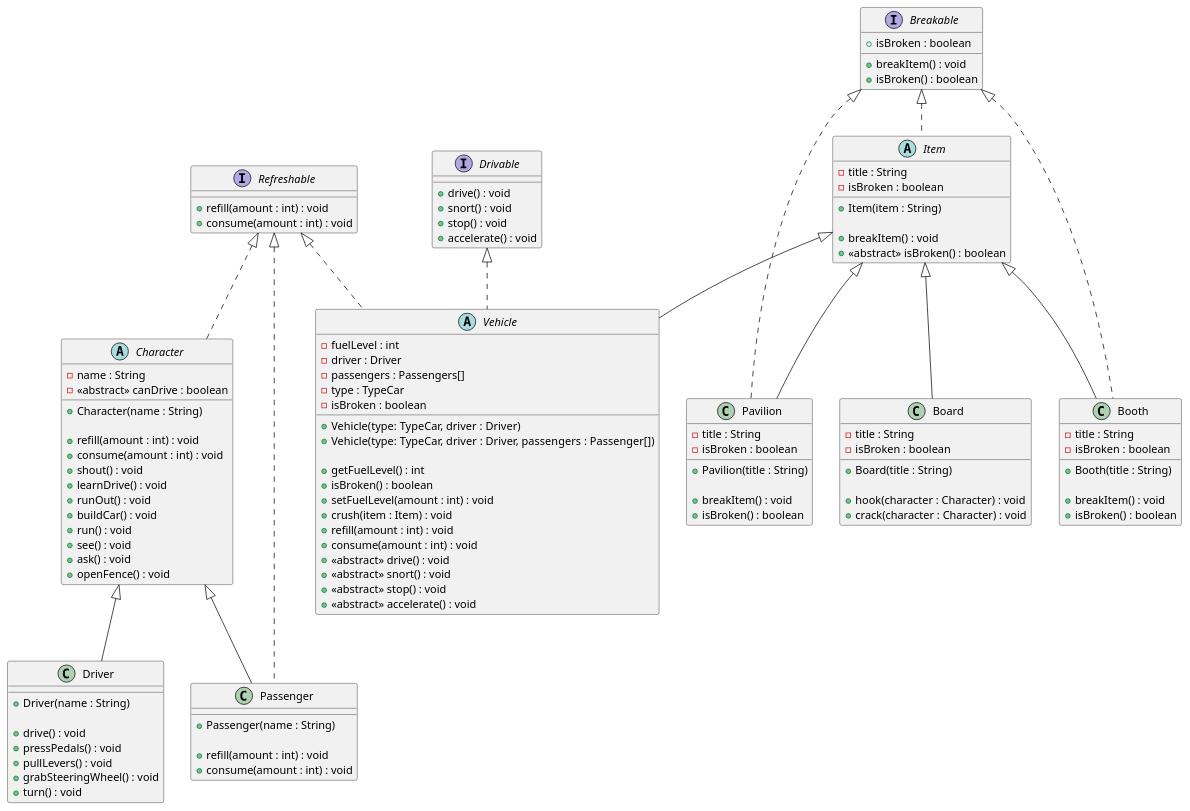
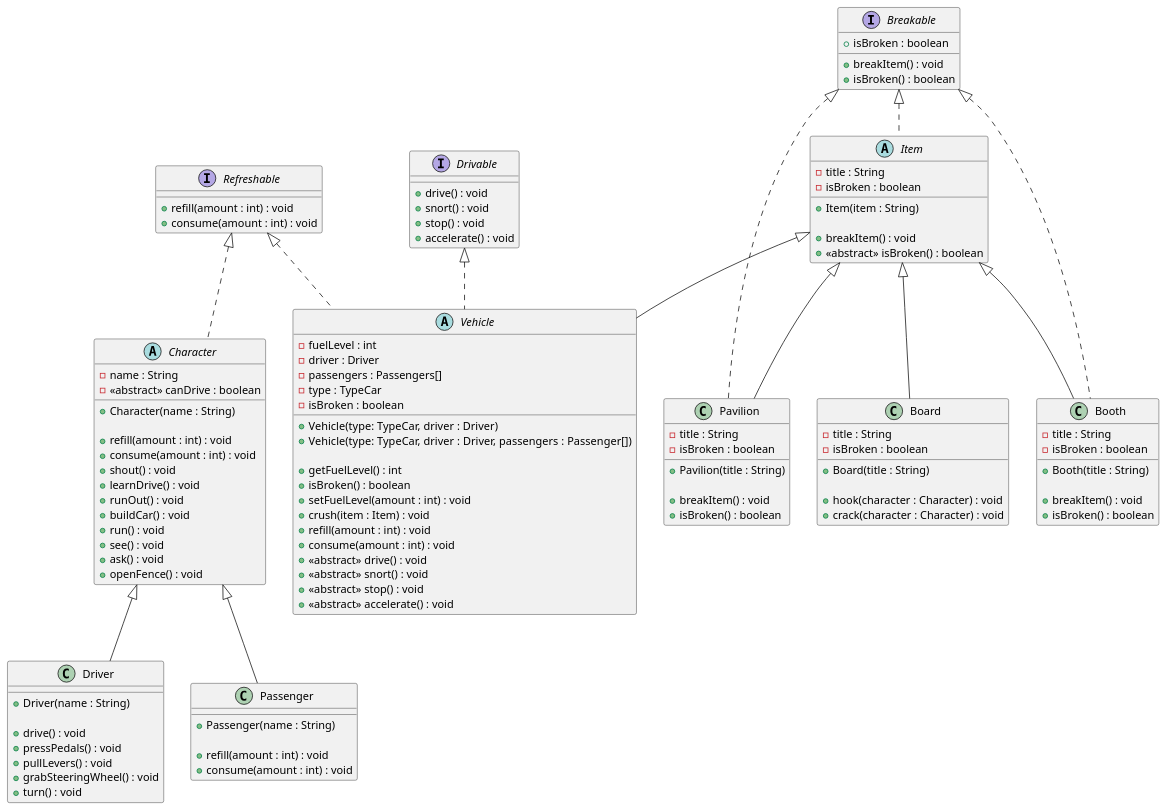
Before and after one commit to ArteMyasnik/ArteMyasnik_programming_laboratory_3: the diagram in laboratory3/project.puml, drawn with PlantUML. The commit also changed 14 other files, not shown here.

```diff
--- a/laboratory3/project.puml
+++ b/laboratory3/project.puml
@@ -1,193 +1,193 @@
 @startuml
 
 interface Drivable {
     + drive() : void
     + snort() : void
     + stop() : void
     + accelerate() : void
 }
 
 interface Refreshable {
     + refill(amount : int) : void
     + consume(amount : int) : void
 }
 
 interface Breakable {
     + isBroken : boolean
 
     + breakItem() : void
     + isBroken() : boolean
 }
 
 abstract class Item implements Breakable{
     - title : String
     - isBroken : boolean
 
     + Item(item : String)
 
     + breakItem() : void
     + <<abstract>> isBroken() : boolean
 }
 
 class Booth extends Item implements Breakable {
     - title : String
     - isBroken : boolean
 
     + Booth(title : String)
 
     + breakItem() : void
     + isBroken() : boolean
 }
 
 class Pavilion extends Item implements Breakable {
     - title : String
     - isBroken : boolean
 
     + Pavilion(title : String)
 
     + breakItem() : void
     + isBroken() : boolean
 }
 
 class Board extends Item {
     - title : String
     - isBroken : boolean
 
     + Board(title : String)
 
     + hook(character : Character) : void
     + crack(character : Character) : void
 }
 
 abstract class Vehicle extends Item implements Drivable, Refreshable{
     - fuelLevel : int
     - driver : Driver
     - passengers : Passengers[]
     - type : TypeCar
     - isBroken : boolean
 
     + Vehicle(type: TypeCar, driver : Driver)
     + Vehicle(type: TypeCar, driver : Driver, passengers : Passenger[])
 
     + getFuelLevel() : int
     + isBroken() : boolean
     + setFuelLevel(amount : int) : void
     + crush(item : Item) : void
     + refill(amount : int) : void
     + consume(amount : int) : void
     + <<abstract>> drive() : void
     + <<abstract>> snort() : void
     + <<abstract>> stop() : void
     + <<abstract>> accelerate() : void
 }
 
 abstract class Character implements Refreshable{
     - name : String
     - <<abstract>> canDrive : boolean
 
     + Character(name : String)
 
     + refill(amount : int) : void
     + consume(amount : int) : void
     + shout() : void
     + learnDrive() : void
     + runOut() : void
     + buildCar() : void
     + run() : void
     + see() : void
     + ask() : void
     + openFence() : void
 }
 
 class Driver extends Character {
     + Driver(name : String)
 
     + drive() : void
     + pressPedals() : void
     + pullLevers() : void
     + grabSteeringWheel() : void
     + turn() : void
 }
 
-class Passenger extends Character implements Refreshable{
+class Passenger extends Character {
     + Passenger(name : String)
 
     + refill(amount : int) : void
     + consume(amount : int) : void
 }
 
 
 
 
 
 
 
 
 
 
 
 
 
 
 
 
 
 
 
 
 
 
 
 
 
 
 
 
 
 
 
 
 
 'interface Drivable {
 '    + drive() : void
 '    + stop() : void
 '    + accelerate() : void
 '}
 '
 'interface Breakable {
 '    + breakObject() : void
 '    + isDestroyed() : boolean
 '}
 '
 'interface Refreshable {
 '    + refill() : void
 '    + consume(int amount) : boolean
 '}
 '
 'abstract class Character {
 '    + name : String
 '    + energy : int
 '    + <<abstract>> performAction() :  void
 '}
 '
 'class Driver extends Character implements Drivable {
 '    + canDrive() : boolean
 '    + drive() : void
 '    + stop() : void
 '    + accelerate() : void
 '    + performAction() : void
 '}
 '
 'abstract class Vehicle {
 '    + isPullLevers : boolean
 '    + isPressPedals : boolean
 '
 '    + <<abstract>> snort() : void
 '    + <<abstract>> drive() : void
 '    + crush(obj : String) : boolean
 '}
 'class Car extends Vehicle{
 '    + driver : Driver
 '
 '}
 @enduml
```
